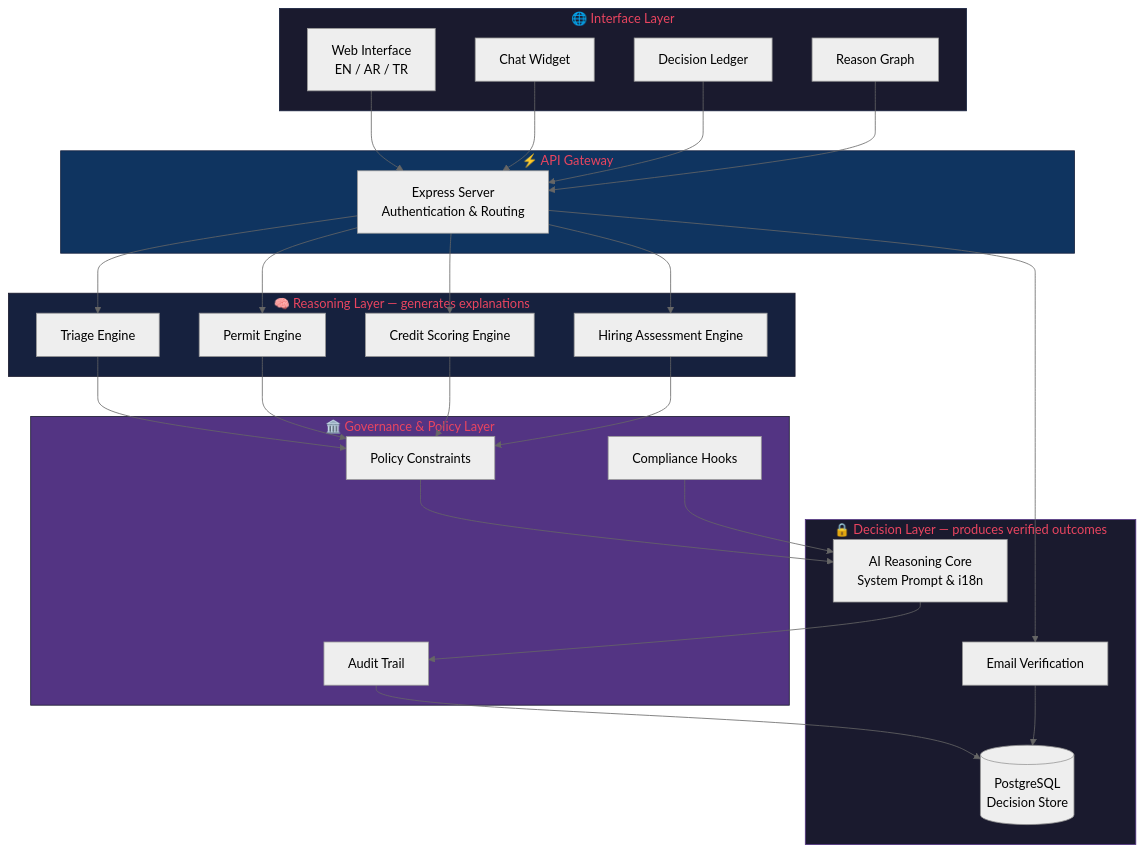
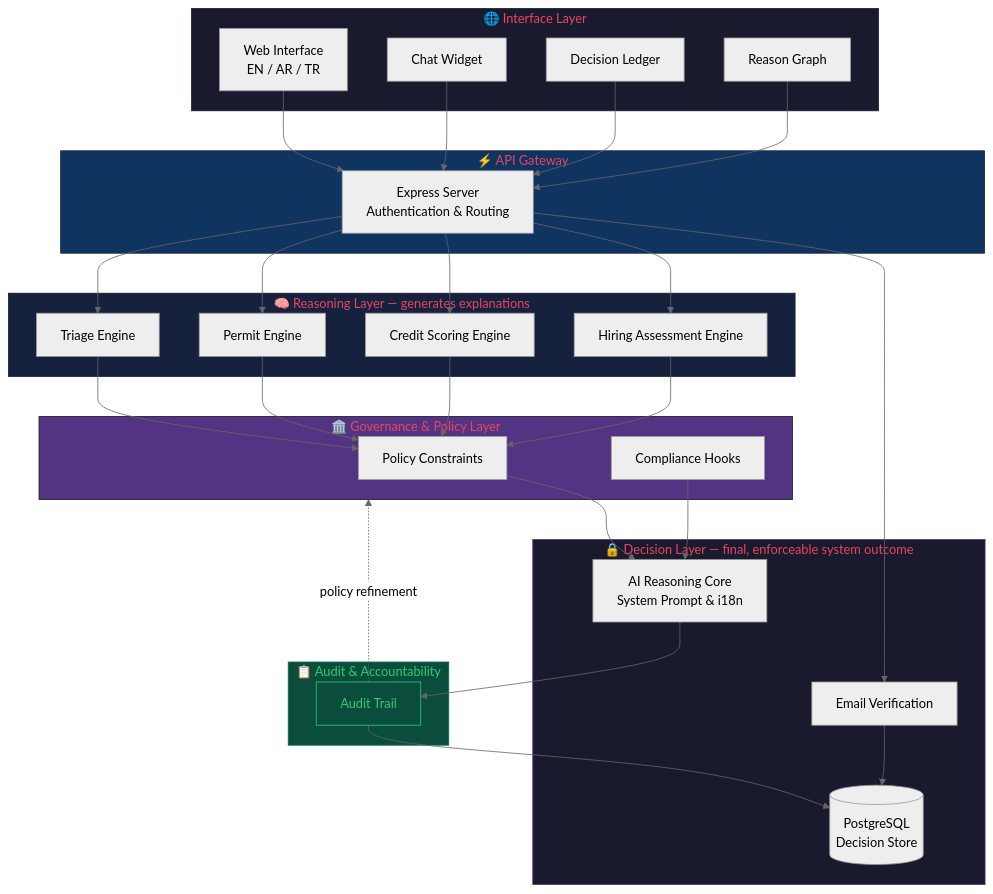
Before and after one commit to oplogica/oplogica-platform: the diagram in README.md, drawn with Mermaid (neutral theme). The commit also changed other lines of this file, not shown here.

Commit message:
Architecture: add feedback loop, Audit identity, and enforceable outcome label

````diff
--- a/README.md
+++ b/README.md
@@ -9,57 +9,63 @@
 ```mermaid
 graph TB
     subgraph Client["🌐 Interface Layer"]
         UI[Web Interface<br/>EN / AR / TR]
         Chat[Chat Widget]
         Ledger[Decision Ledger]
         Graph[Reason Graph]
     end
 
     subgraph API["⚡ API Gateway"]
         Server[Express Server<br/>Authentication & Routing]
     end
 
     subgraph Engines["🧠 Reasoning Layer — generates explanations"]
         Triage[Triage Engine]
         Permit[Permit Engine]
         Credit[Credit Scoring Engine]
         Hiring[Hiring Assessment Engine]
     end
 
     subgraph Governance["🏛️ Governance & Policy Layer"]
         Policy[Policy Constraints]
         Compliance[Compliance Hooks]
-        Audit[Audit Trail]
     end
 
-    subgraph Core["🔒 Decision Layer — produces verified outcomes"]
+    subgraph Core["🔒 Decision Layer — final, enforceable system outcome"]
         AI[AI Reasoning Core<br/>System Prompt & i18n]
         Email[Email Verification]
         DB[(PostgreSQL<br/>Decision Store)]
+    end
+
+    subgraph AuditZone["📋 Audit & Accountability"]
+        Audit[Audit Trail]
     end
 
     UI --> Server
     Chat --> Server
     Ledger --> Server
     Graph --> Server
     Server --> Triage
     Server --> Permit
     Server --> Credit
     Server --> Hiring
     Triage --> Policy
     Permit --> Policy
     Credit --> Policy
     Hiring --> Policy
     Policy --> AI
     Compliance --> AI
     AI --> Audit
     Audit --> DB
+    Audit -.->|policy refinement| Governance
     Server --> Email
     Email --> DB
 
     style Client fill:#1a1a2e,stroke:#16213e,color:#e94560
     style API fill:#0f3460,stroke:#16213e,color:#e94560
     style Engines fill:#16213e,stroke:#1a1a2e,color:#e94560
     style Governance fill:#533483,stroke:#1a1a2e,color:#e94560
     style Core fill:#1a1a2e,stroke:#533483,color:#e94560
+    style AuditZone fill:#0a4d3c,stroke:#0d6b4e,color:#2ecc71
+    style Audit fill:#0a4d3c,stroke:#2ecc71,color:#2ecc71
 ```
````
